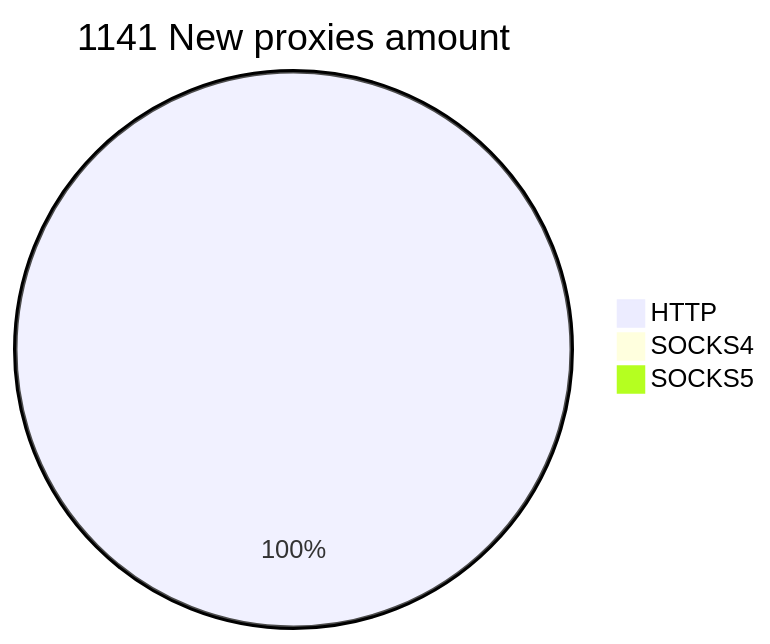
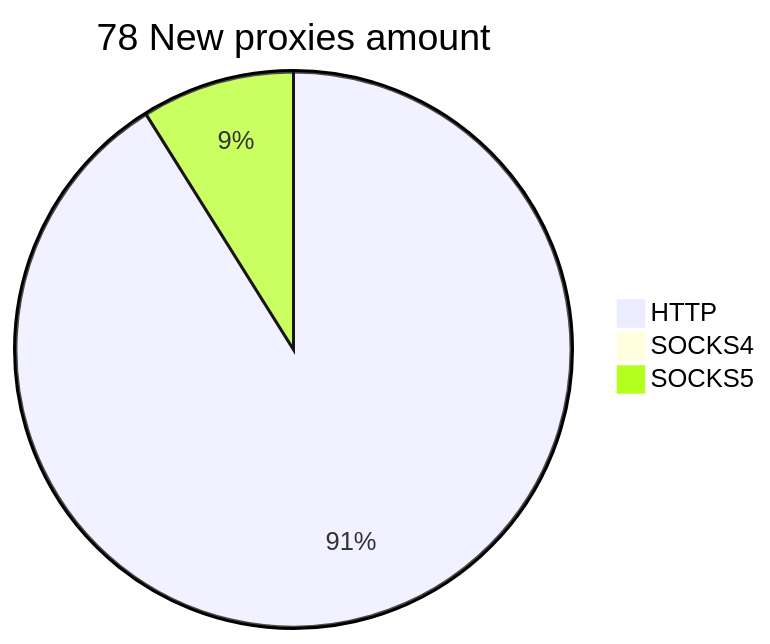
Before and after one commit to cutipu/proxylist: the second of 2 diagrams in README.md, drawn with Mermaid. The commit also changed other lines of this file, not shown here.

````diff
--- a/README.md
+++ b/README.md
@@ -10,6 +10,6 @@
 ```mermaid
-pie title 1141 New proxies amount
-    "HTTP" : 1144
+pie title 78 New proxies amount
+    "HTTP" : 92
     "SOCKS4" : 0
-    "SOCKS5" : 0
+    "SOCKS5" : 9
 ```
````
